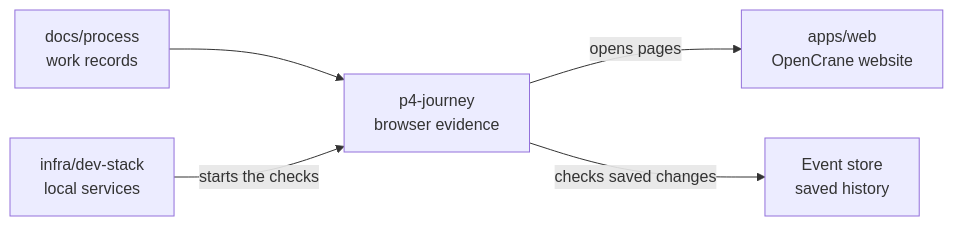
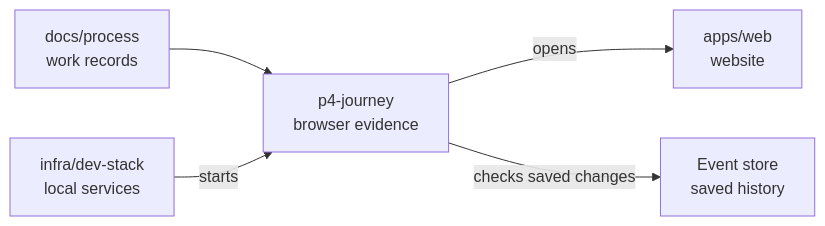
One commit to elewa-git/opencrane-new changed the diagram in docs/process/p4-journey/README.md. Above: the diagram before and after it, drawn with Mermaid. The commit also changed other lines of this file and 100 other files, not shown here.

````diff
--- a/docs/process/p4-journey/README.md
+++ b/docs/process/p4-journey/README.md
@@ -14,7 +13,7 @@
 ```mermaid
 flowchart LR
   process["docs/process<br/>work records"] --> journey["p4-journey<br/>browser evidence"]
-  stack["infra/dev-stack<br/>local services"] -->|starts the checks| journey
-  journey -->|opens pages| web["apps/web<br/>OpenCrane website"]
+  stack["infra/dev-stack<br/>local services"] -->|starts| journey
+  journey -->|opens| web["apps/web<br/>website"]
   journey -->|checks saved changes| events["Event store<br/>saved history"]
 ```
````
